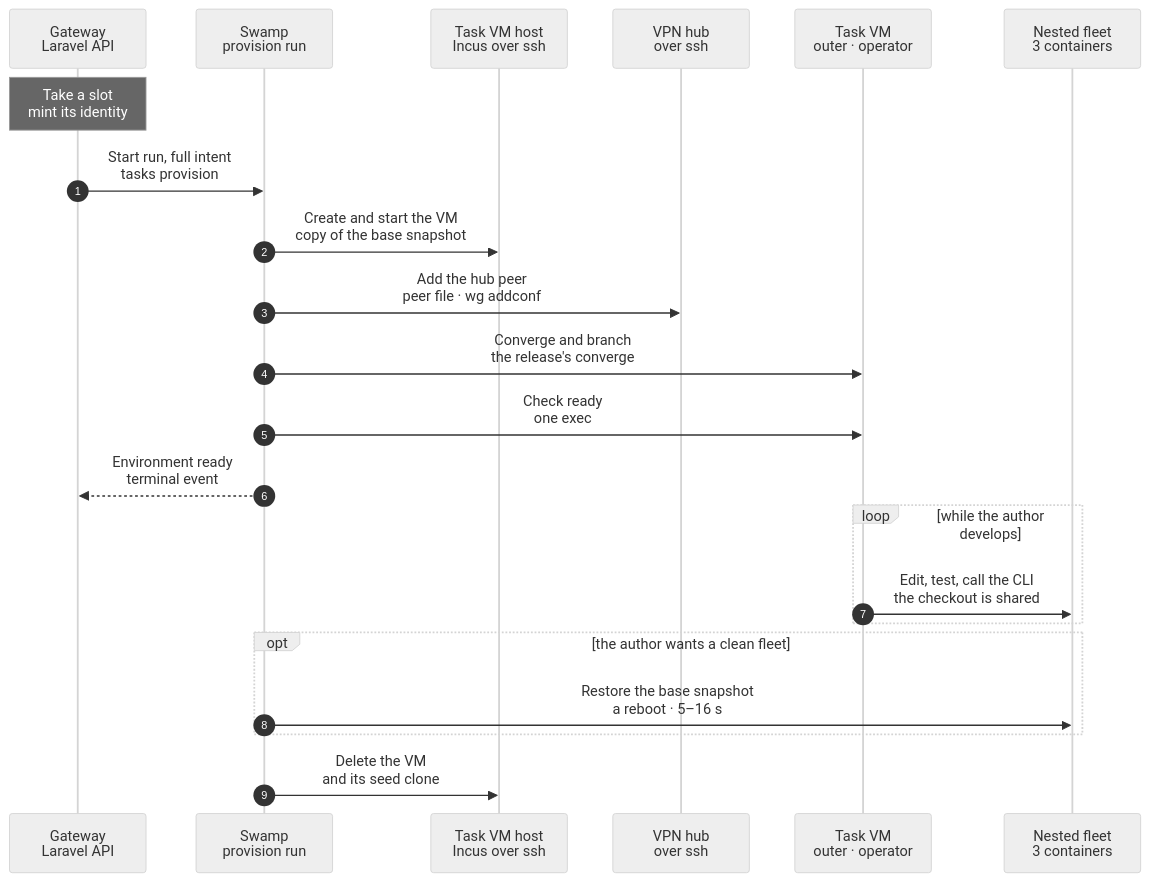
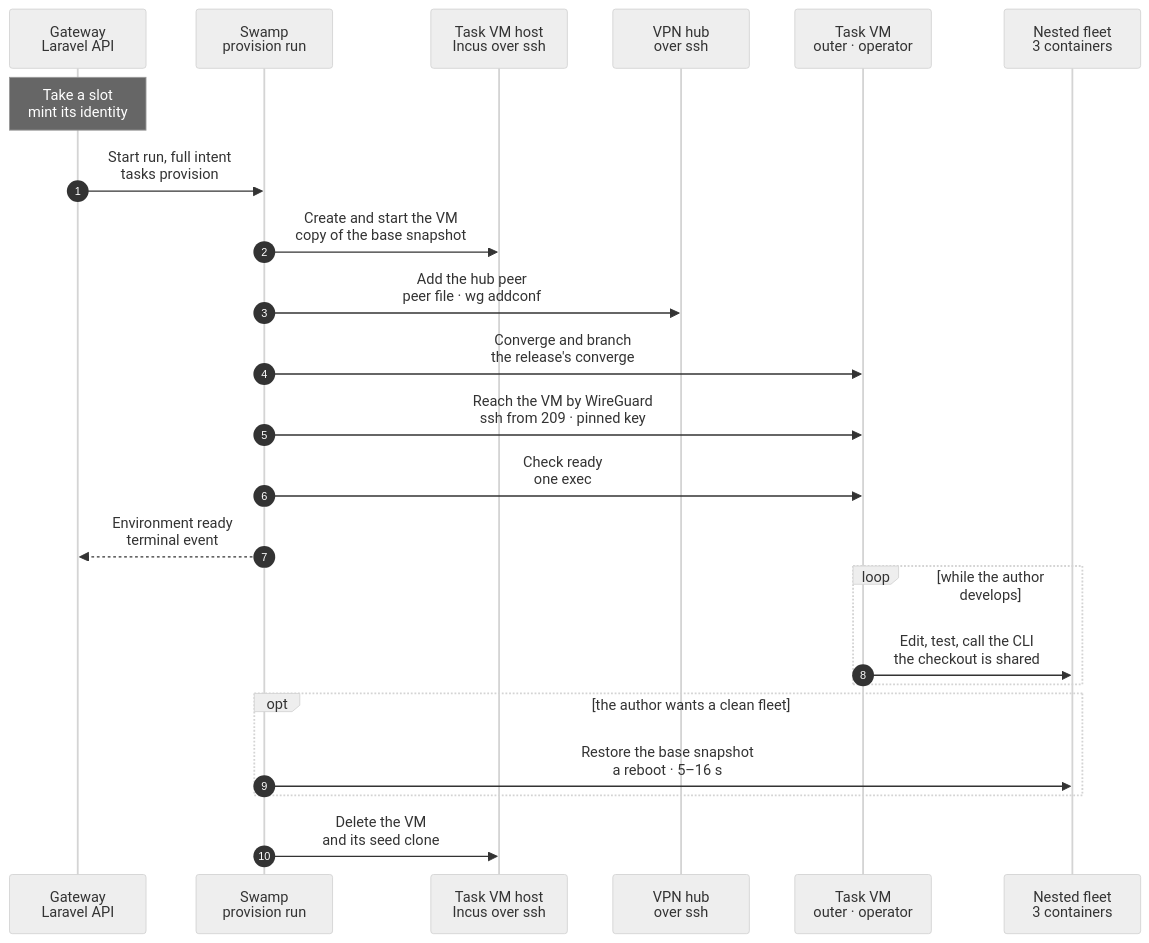
Before and after one commit to hardimpactdev/orbit: the diagram in docs/reference/pipeline/2-development-environment.mmd, drawn with Mermaid (neutral theme).

Commit message:
Stage 2 chart shows the WireGuard reach

```diff
--- a/docs/reference/pipeline/2-development-environment.mmd
+++ b/docs/reference/pipeline/2-development-environment.mmd
@@ -1,61 +1,64 @@
 sequenceDiagram
   %% Target design (agreed with Nick, 2026-11-07): stage 2 of the command development pipeline. A task VM, where an agent or Nick develops a command and the proof cases run too, is a copy of the host's base VM snapshot with a fresh identity, named `<node>-tvm-<n>` by its slot under the host's `max_vms`. The base holds everything installed and ready: orbit-agent, the Pi server, the tools, Swamp, sshd and UFW, a warm checkout of main with `vendor/` and `node_modules/`, and the nested fleet (a Gateway with Swamp, an app-dev Node, an app-prod Node) as Incus system containers that start with the VM, with a `base` snapshot each for the proof. The containers mount the outer VM's checkout as a disk device, so an edit reaches them at once. The task start: docs/cli/tasks/provision.mmd.
   %% status: draft
   %% command: development pipeline stage 2 · development environment
   %% kind: pipeline.2-development-environment
   autonumber
   %% lane GW icon=gateway pill=intent tone=blue
   %% lane SW icon=workflow pill=executes tone=green
   %% lane H icon=server pill=target tone=amber
   %% lane HUB icon=server pill=hub tone=gray
   %% lane VM icon=server pill=task VM tone=purple
   %% lane NT icon=server pill=fleet tone=gray
   participant GW as Gateway<br/>Laravel API
   participant SW as Swamp<br/>provision run
   participant H as Task VM host<br/>Incus over ssh
   participant HUB as VPN hub<br/>over ssh
   participant VM as Task VM<br/>outer · operator
   participant NT as Nested fleet<br/>3 containers
   Note over GW: Take a slot<br/>mint its identity
   %%> Requirements:
   %%> - an external task group in `todo`, a free slot under a host's `max_vms` and a promoted base snapshot on that host
   %%> Result:
   %%> - the group holds the slot; its Node, WireGuard key, host key, agent secret, Pi token and model key are new, and the public keys are pinned on the Node
   %%> - a proof is placed only on a host whose promoted image holds every change of what the image carries, up to the merge base of the proof commit with main (`TaskVmImageInputs`); otherwise the admission answers `tasks.capacity_unavailable` and names the release the host's image comes from
   GW->>SW: Start run, full intent<br/>tasks provision
   %%> Why:
   %%> - the same run for a person, an agent or a CI proof
   SW->>H: Create and start the VM<br/>copy of the base snapshot
   %%> What it does:
   %%> - `incus copy` of the host's base snapshot and a clone of its seed snapshot (ZFS clones), the identity and keys written in the same exec, `incus start`; the containers start with the VM
   SW->>HUB: Add the hub peer<br/>peer file · wg addconf
   %%> Runs beside the step before it: Swamp starts both at once.
   %%> What it does:
   %%> - adds the new WireGuard key as a peer of the hub while the VM boots
   SW->>VM: Converge and branch<br/>the release's converge
   %%> What it does:
   %%> - the converge of the release refresh: a no-op on a current image; it catches up a small delta when main moved since the last release
   %%> - then the new task branch on the warm checkout, at the group's start commit
   %%> - the outer VM is the operator of the nested fleet; that operator key belongs to the nested network only and is baked with the fleet, so it is no part of the VM's identity
+  SW->>VM: Reach the VM by WireGuard<br/>ssh from 209 · pinned key
+  %%> What it does:
+  %%> - the path every later step takes: ssh from a Swamp worker to the VM's WireGuard address
   SW->>VM: Check ready<br/>one exec
   %%> What it does:
   %%> - one exec checks the agent, Pi, the tunnel and the three containers; Swamp's `assert` decides
   SW-->>GW: Environment ready<br/>terminal event
   %%> Result:
   %%> - the group runs on the slot; the proof (stage 3) or the proof CI (stage 4) uses the fleet
   %%> - target under 30 s from admission
   loop while the author develops
     VM->>NT: Edit, test, call the CLI<br/>the checkout is shared
     %%> What it does:
     %%> - the author edits and runs tests on the outer VM; PHP in the nested containers sees the change on the next request
     %%> - the candidate CLI on the outer VM talks to the nested Gateway as the operator
     %%> - after a new migration, the author runs the migrations in the nested Gateway
   end
   opt the author wants a clean fleet
     SW->>NT: Restore the base snapshot<br/>a reboot · 5–16 s
     %%> What it keeps:
     %%> - the outer VM, Pi and the checkout
   end
   SW->>H: Delete the VM<br/>and its seed clone
   %%> What it does:
   %%> - at the end of the group the VM and its seed clone go and the claim's model key is revoked (docs/cli/tasks/cancel.mmd); the identity stays
```
